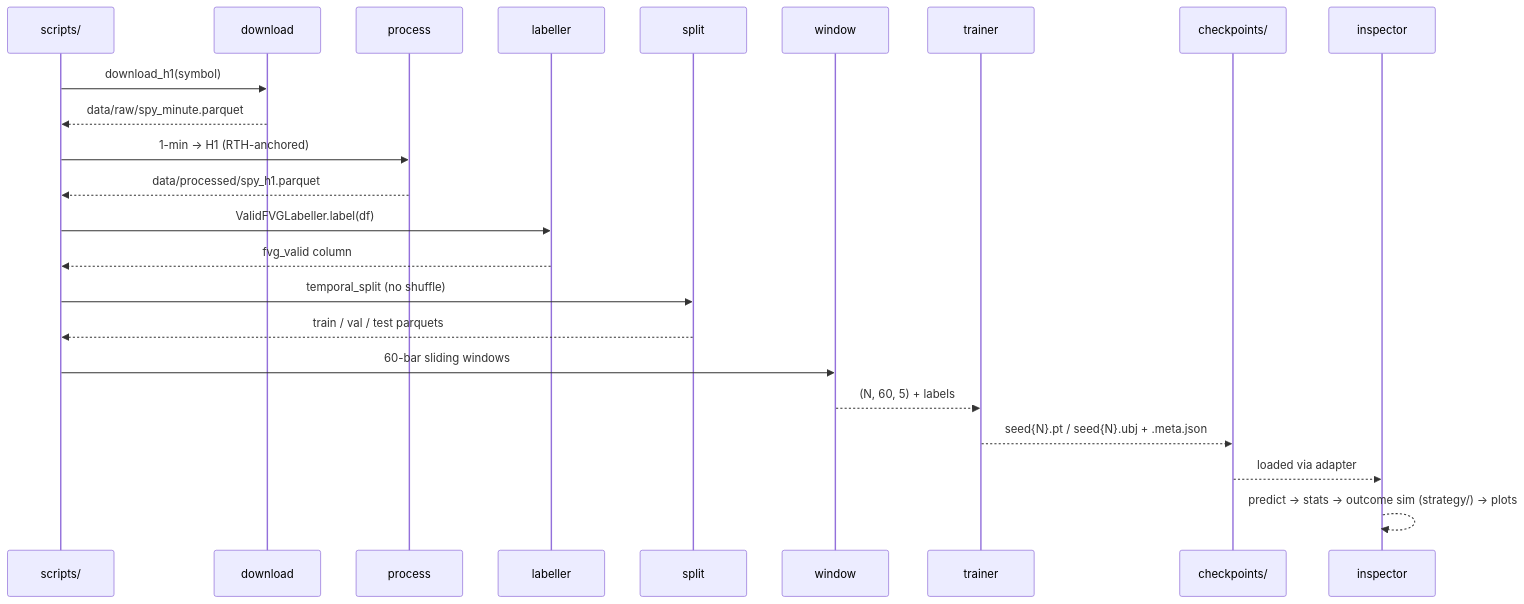
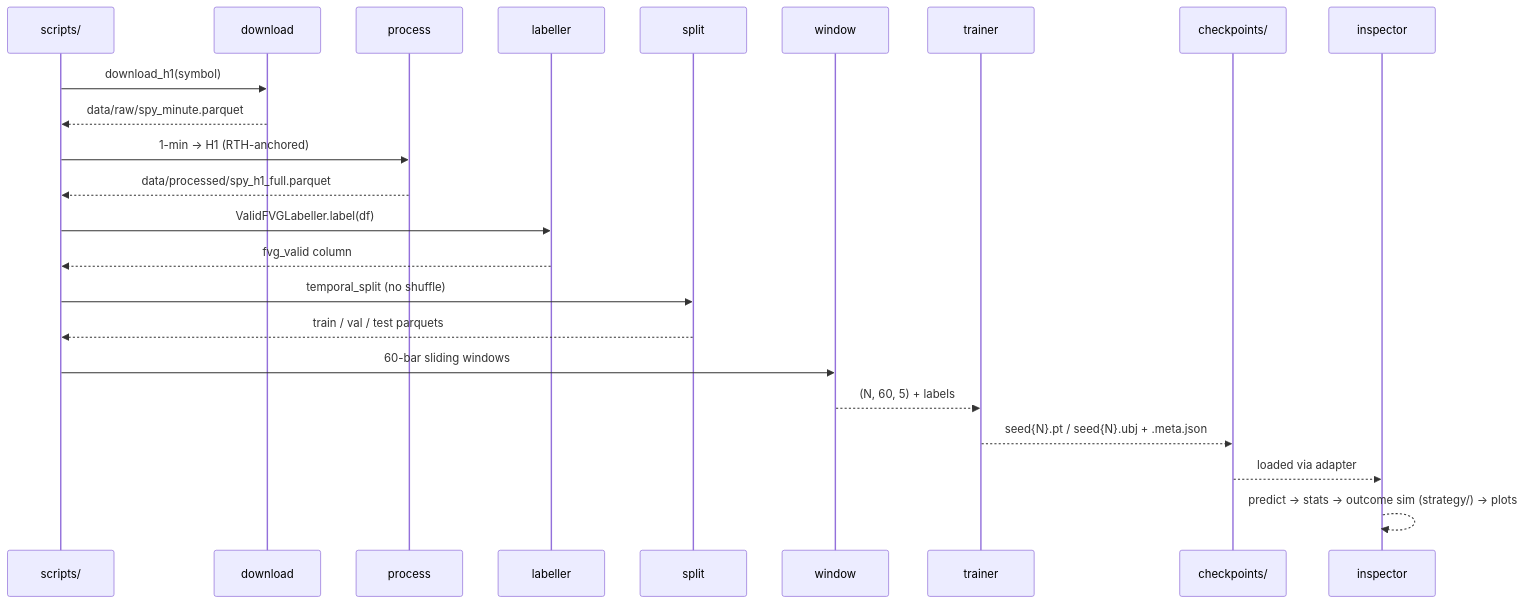
The second of 3 diagrams in docs/architecture.md (nbaburov/fvg-zone-detection), drawn with Mermaid before and after one commit. The commit also changed other lines of this file and 598 other files, not shown here.

````diff
--- a/docs/architecture.md
+++ b/docs/architecture.md
@@ -273,26 +274,26 @@
 ```mermaid
 sequenceDiagram
     participant U as scripts/
     participant DL as download
     participant PR as process
     participant LB as labeller
     participant SP as split
     participant WD as window
     participant TR as trainer
     participant CK as checkpoints/
     participant IN as inspector
 
     U->>DL: download_h1(symbol)
     DL-->>U: data/raw/spy_minute.parquet
     U->>PR: 1-min → H1 (RTH-anchored)
-    PR-->>U: data/processed/spy_h1.parquet
+    PR-->>U: data/processed/spy_h1_full.parquet
     U->>LB: ValidFVGLabeller.label(df)
     LB-->>U: fvg_valid column
     U->>SP: temporal_split (no shuffle)
     SP-->>U: train / val / test parquets
     U->>WD: 60-bar sliding windows
     WD-->>TR: (N, 60, 5) + labels
     TR-->>CK: seed{N}.pt / seed{N}.ubj + .meta.json
     CK-->>IN: loaded via adapter
     IN-->>IN: predict → stats → outcome sim (strategy/) → plots
 ```
````
